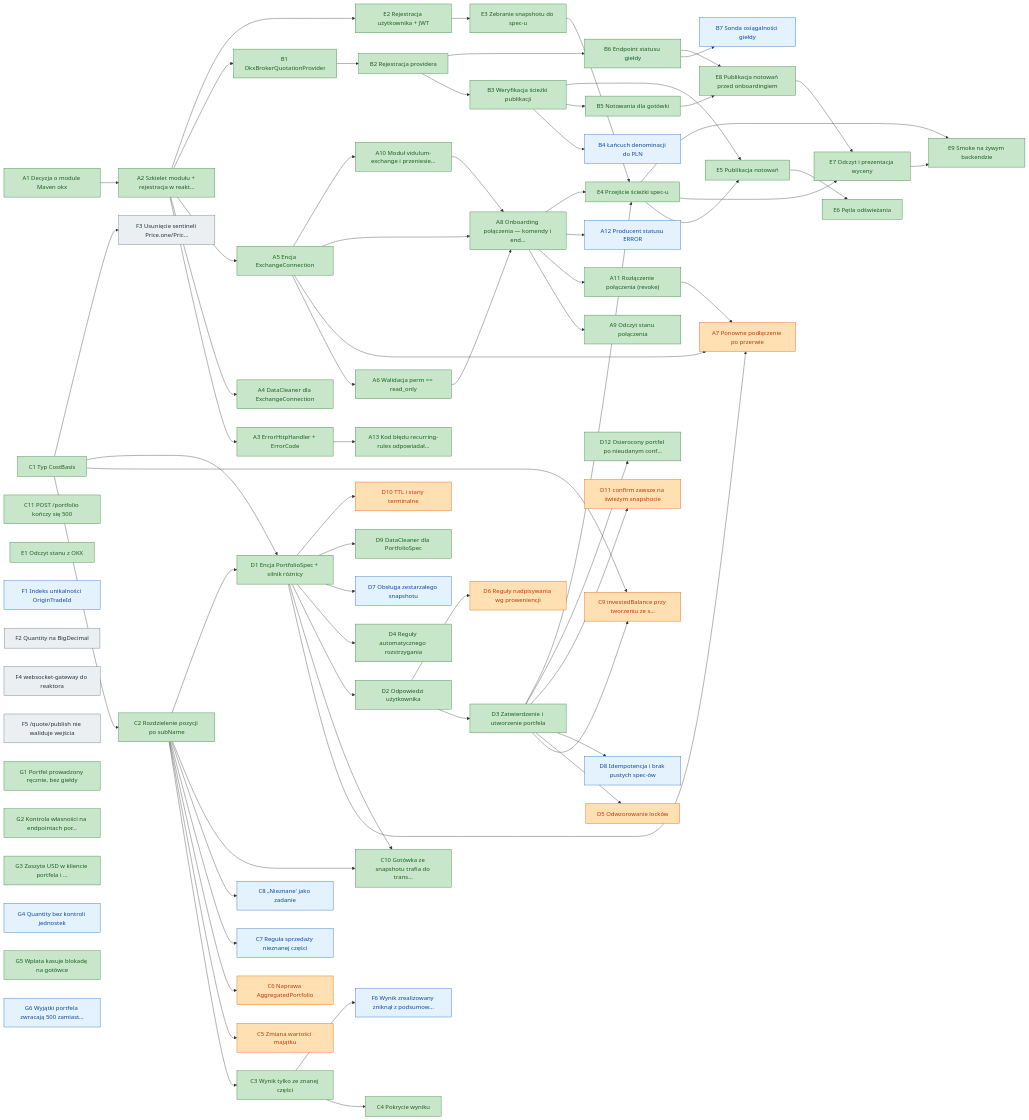
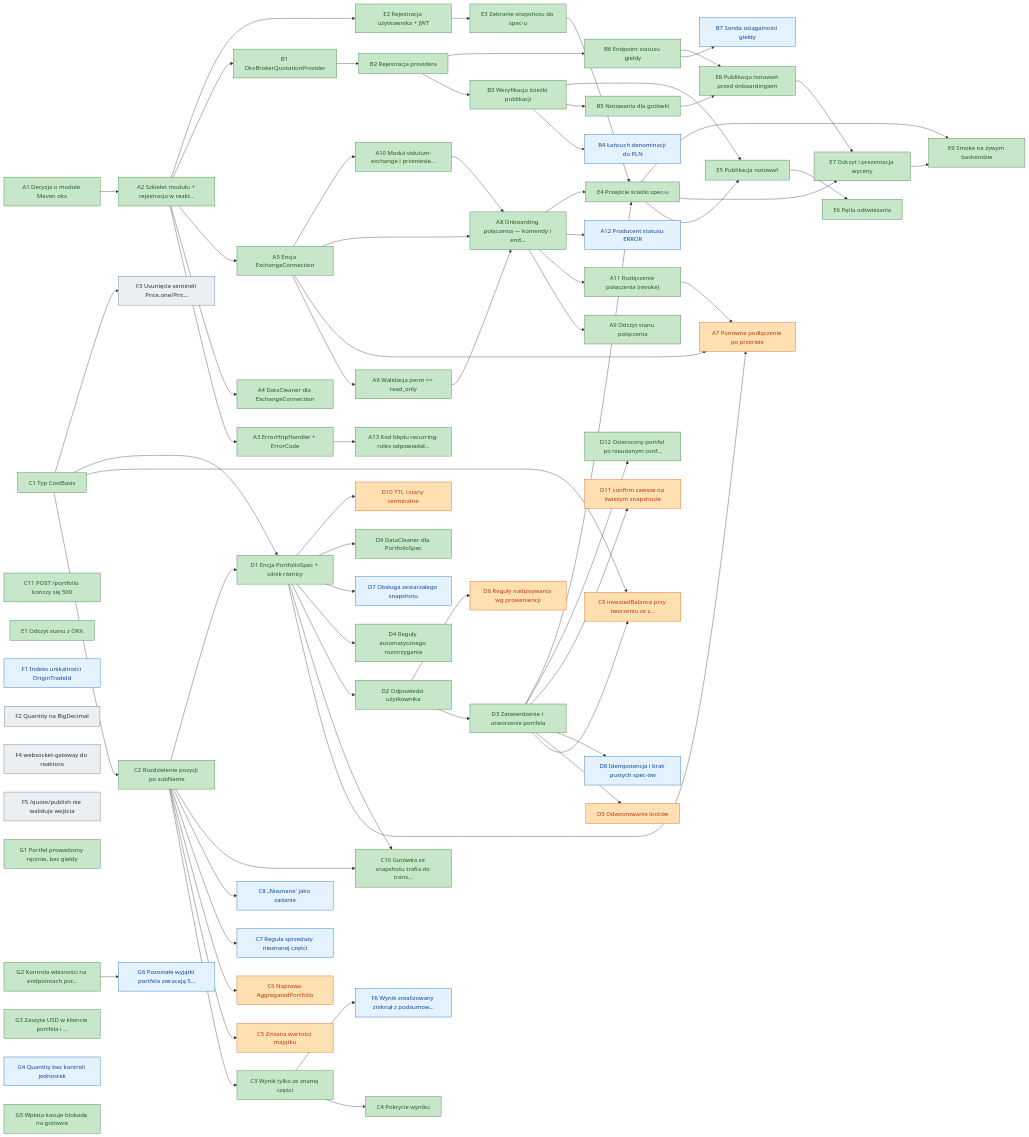
The diagram in docs/features-backlog/2026-09-18-okx-tasks.md (lu92/vidulum), drawn with Mermaid before and after one commit. The commit also changed other lines of this file and 1 other file, not shown here.

````diff
--- a/docs/features-backlog/2026-09-18-okx-tasks.md
+++ b/docs/features-backlog/2026-09-18-okx-tasks.md
@@ -242,7 +242,7 @@
     G3["G3 Zaszyte USD w kliencie portfela i …"]:::done
     G4["G4 Quantity bez kontroli jednostek"]:::p2
     G5["G5 Wpłata kasuje blokadę na gotówce"]:::done
-    G6["G6 Wyjątki portfela zwracają 500 zamiast…"]:::p2
+    G6["G6 Pozostałe wyjątki portfela zwracają 5…"]:::p2
 
     A1 --> A2
     A2 --> A3
@@ -307,4 +307,5 @@
     E7 --> E9
     C1 --> F3
     C3 --> F6
+    G2 --> G6
 ```
````
